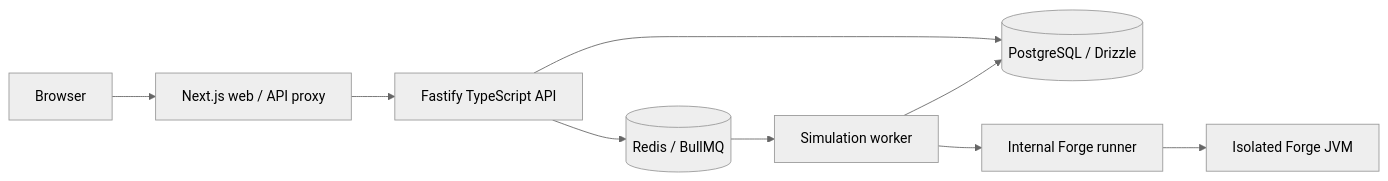
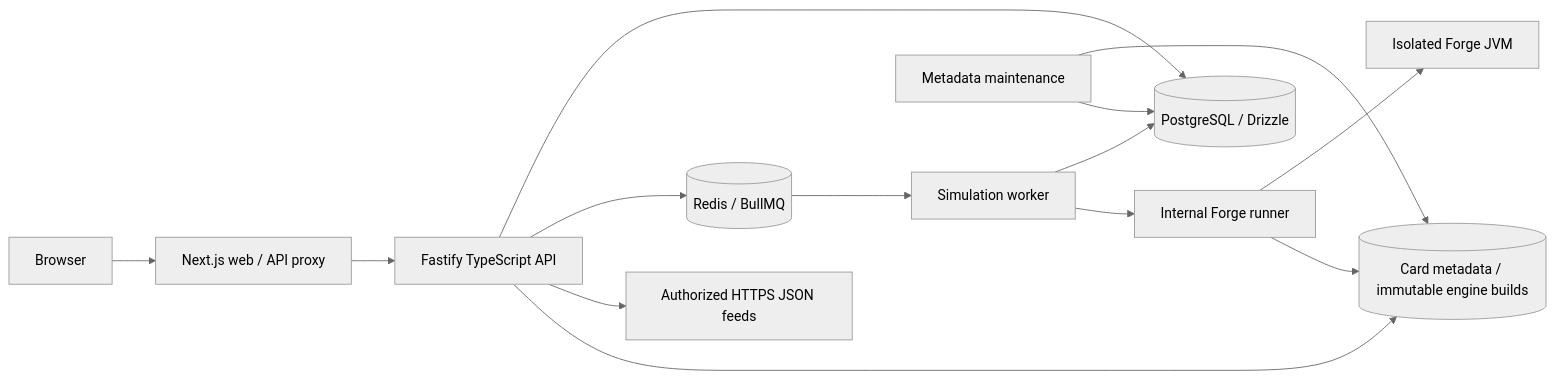
One commit to acocalypso/magictester changed the diagram in docs/ARCHITECTURE.md. Above: the diagram before and after it, drawn with Mermaid (neutral theme). The commit also changed other lines of this file and 13 other files, not shown here.

````diff
--- a/docs/ARCHITECTURE.md
+++ b/docs/ARCHITECTURE.md
@@ -3,11 +3,16 @@
 ```mermaid
 flowchart LR
   Browser --> Web[Next.js web / API proxy]
   Web --> API[Fastify TypeScript API]
   API --> PG[(PostgreSQL / Drizzle)]
   API --> Queue[(Redis / BullMQ)]
   Queue --> Worker[Simulation worker]
   Worker --> PG
   Worker --> Runner[Internal Forge runner]
   Runner --> JVM[Isolated Forge JVM]
+  API --> Feeds[Authorized HTTPS JSON feeds]
+  API --> Cache[(Card metadata / immutable engine builds)]
+  Runner --> Cache
+  Maintenance[Metadata maintenance] --> Cache
+  Maintenance --> PG
 ```
````
